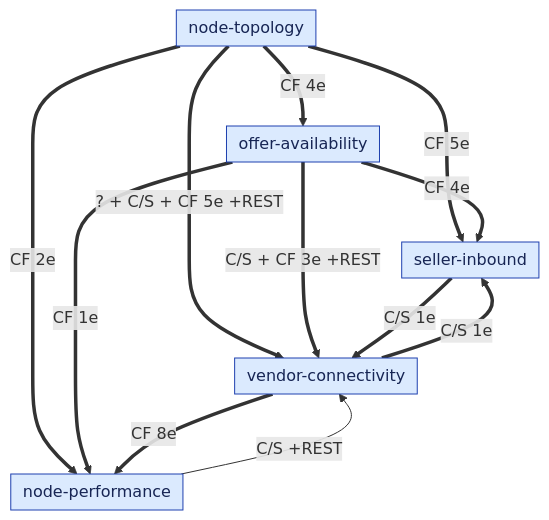
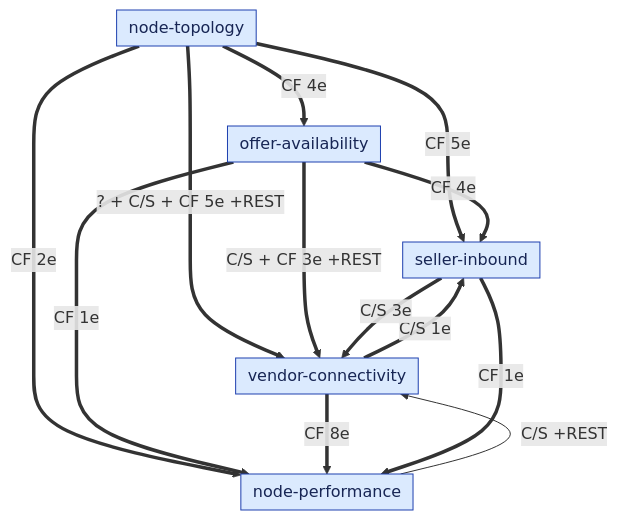
One commit to IQVO/warehouse-docs changed the fourth of 5 diagrams in network/docs/strategic-design/context-map.md. Above: the diagram before and after it, drawn with Mermaid. The commit also changed other lines of this file and 2 other files, not shown here.

Commit message:
docs(network): reconcile seller-inbound model with mastercase contracts section 10 (event shapes, packaging, inbound metrics)

````diff
--- a/network/docs/strategic-design/context-map.md
+++ b/network/docs/strategic-design/context-map.md
@@ -121,24 +121,25 @@
 ```mermaid
 %%{init: {"flowchart": {"nodeSpacing": 22, "rankSpacing": 56, "padding": 6}}}%%
 flowchart TB
     classDef core fill:#1e3a8a,stroke:#1e3a8a,color:#fff
     classDef sup fill:#dbeafe,stroke:#1e40af,color:#172554
     classDef gen fill:#f1f5f9,stroke:#64748b,color:#0f172a
     classDef ext fill:#ffe3e3,stroke:#c92a2a,color:#000
     SI["seller-inbound"]:::sup
     VC["vendor-connectivity"]:::sup
     OA["offer-availability"]:::sup
     NT["node-topology"]:::sup
     NP["node-performance"]:::sup
     NT ==>|"CF 4e"| OA
     NT ==>|"CF 2e"| NP
     NT ==>|"? + C/S + CF 5e +REST"| VC
     NT ==>|"CF 5e"| SI
     OA ==>|"CF 4e"| SI
     OA ==>|"C/S + CF 3e +REST"| VC
     OA ==>|"CF 1e"| NP
     VC ==>|"CF 8e"| NP
     VC ==>|"C/S 1e"| SI
-    SI ==>|"C/S 1e"| VC
+    SI ==>|"C/S 3e"| VC
+    SI ==>|"CF 1e"| NP
     NP -->|"C/S +REST"| VC
 ```
````
